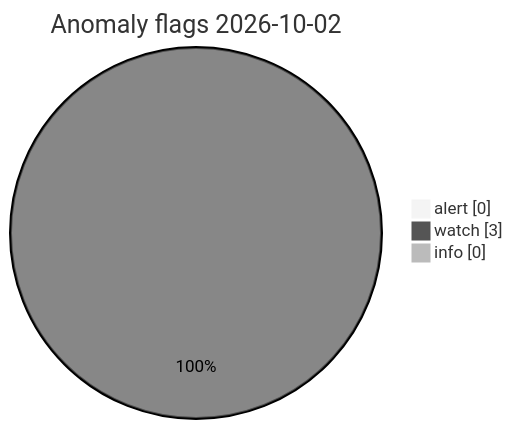
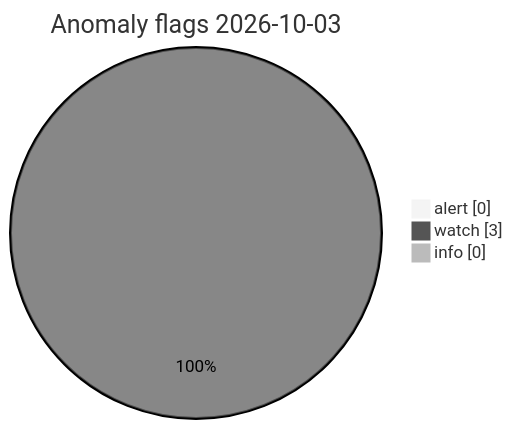
One commit to Midwest-Stratospheric/Unified-Open-Global-Weather changed the diagram in visuals/latest/CHARTS.md. Above: the diagram before and after it, drawn with Mermaid (neutral theme). The commit also changed other lines of this file and 11 other files, not shown here.

Commit message:
data(visuals): automated charts 2026-10-03T11:43Z

````diff
--- a/visuals/latest/CHARTS.md
+++ b/visuals/latest/CHARTS.md
@@ -73,7 +73,7 @@
 ```mermaid
 pie showData
-  title Anomaly flags 2026-10-02
+  title Anomaly flags 2026-10-03
   "alert" : 0
   "watch" : 3
   "info" : 0
 ```
````
